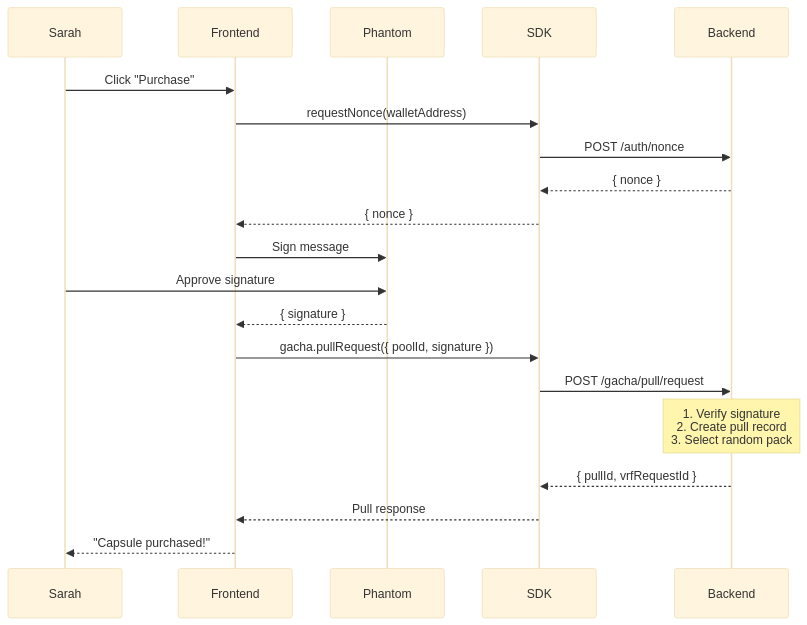
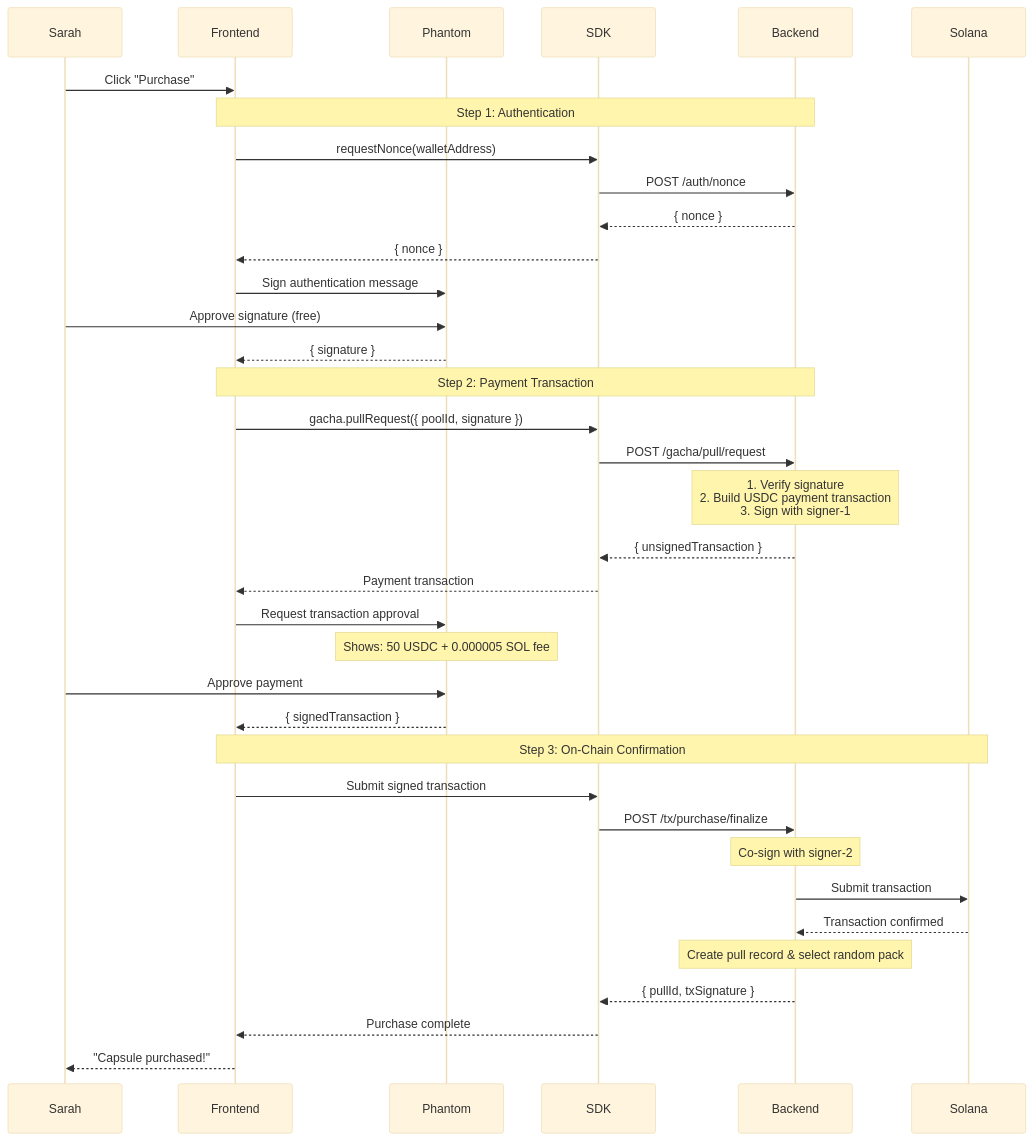
Before and after one commit to altworth-markets/.github: the second of 6 diagrams in profile/USER_JOURNEYS.md, drawn with Mermaid (base theme). The commit also changed other lines of this file and 3 other files, not shown here.

````diff
--- a/profile/USER_JOURNEYS.md
+++ b/profile/USER_JOURNEYS.md
@@ -257,23 +288,42 @@
 ```mermaid
 sequenceDiagram
     participant Sarah
     participant Frontend
     participant Phantom
     participant SDK
     participant Backend
+    participant Solana
 
     Sarah->>Frontend: Click "Purchase"
+
+    Note over Frontend,Backend: Step 1: Authentication
     Frontend->>SDK: requestNonce(walletAddress)
     SDK->>Backend: POST /auth/nonce
     Backend-->>SDK: { nonce }
     SDK-->>Frontend: { nonce }
-    Frontend->>Phantom: Sign message
-    Sarah->>Phantom: Approve signature
+    Frontend->>Phantom: Sign authentication message
+    Sarah->>Phantom: Approve signature (free)
     Phantom-->>Frontend: { signature }
+
+    Note over Frontend,Backend: Step 2: Payment Transaction
     Frontend->>SDK: gacha.pullRequest({ poolId, signature })
     SDK->>Backend: POST /gacha/pull/request
-    Note over Backend: 1. Verify signature<br/>2. Create pull record<br/>3. Select random pack
-    Backend-->>SDK: { pullId, vrfRequestId }
-    SDK-->>Frontend: Pull response
+    Note over Backend: 1. Verify signature<br/>2. Build USDC payment transaction<br/>3. Sign with signer-1
+    Backend-->>SDK: { unsignedTransaction }
+    SDK-->>Frontend: Payment transaction
+    Frontend->>Phantom: Request transaction approval
+    Note over Phantom: Shows: 50 USDC + 0.000005 SOL fee
+    Sarah->>Phantom: Approve payment
+    Phantom-->>Frontend: { signedTransaction }
+
+    Note over Frontend,Solana: Step 3: On-Chain Confirmation
+    Frontend->>SDK: Submit signed transaction
+    SDK->>Backend: POST /tx/purchase/finalize
+    Note over Backend: Co-sign with signer-2
+    Backend->>Solana: Submit transaction
+    Solana-->>Backend: Transaction confirmed
+    Note over Backend: Create pull record & select random pack
+    Backend-->>SDK: { pullId, txSignature }
+    SDK-->>Frontend: Purchase complete
     Frontend-->>Sarah: "Capsule purchased!"
 ```
````
